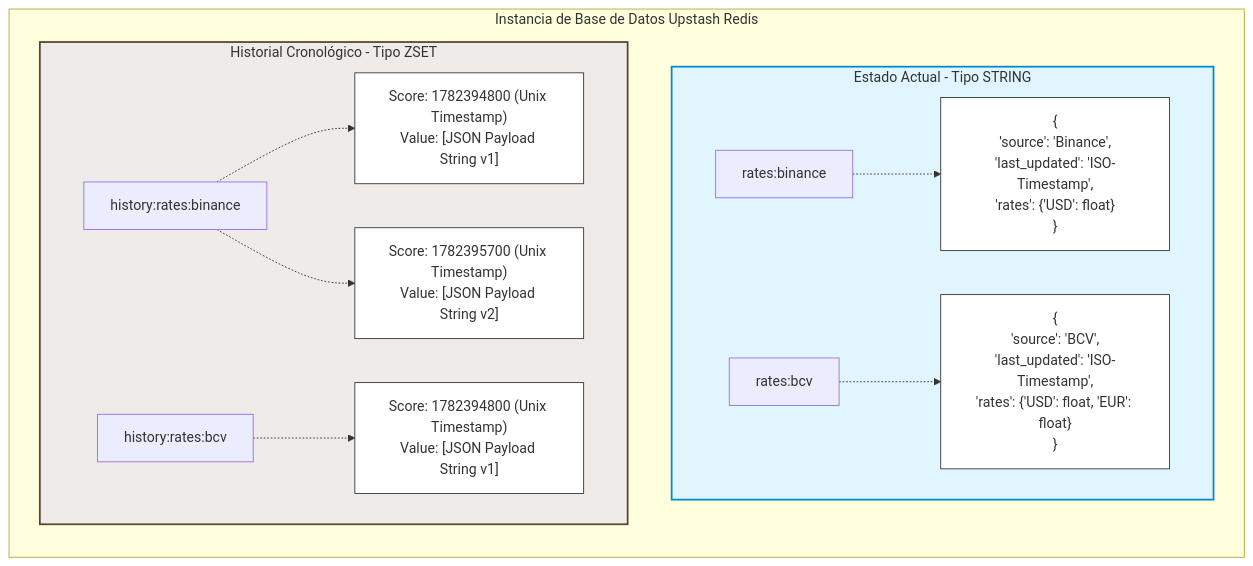
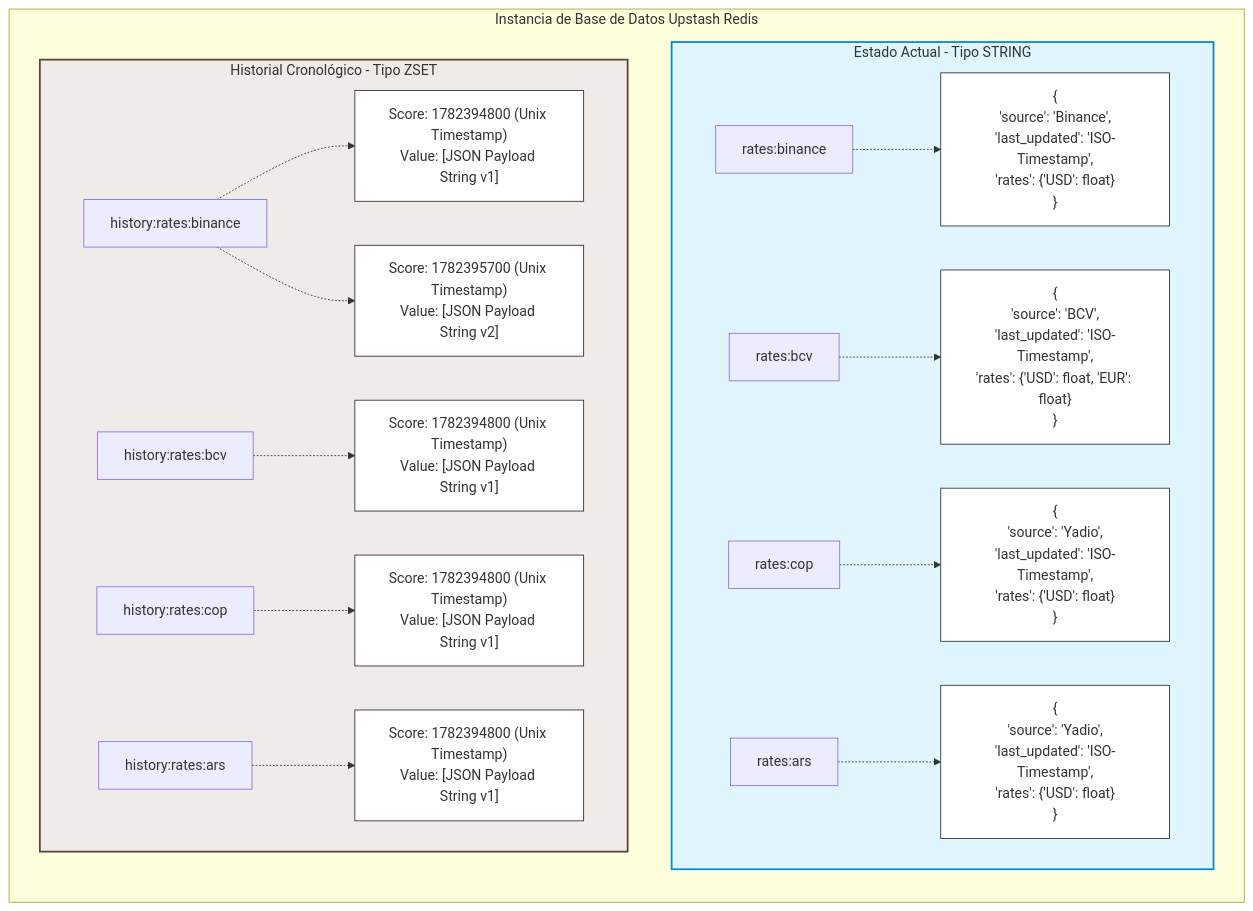
One commit to TECHSOLVERSJBL/CAMBIALY-BACKEND changed the third of 3 diagrams in README.md. Above: the diagram before and after it, drawn with Mermaid. The commit also changed other lines of this file, not shown here.

First line of the commit message:
docs(README): document V2 endpoints, COP/ARS workers, security middleware, and tests

````diff
--- a/README.md
+++ b/README.md
@@ -305,26 +417,35 @@
 ```mermaid
 graph LR
     subgraph Upstash_DB [Instancia de Base de Datos Upstash Redis]
         
         subgraph Estructuras_String [Estado Actual - Tipo STRING]
             K1["rates:binance"] -.-> V1["{<br/>'source': 'Binance',<br/>'last_updated': 'ISO-Timestamp',<br/>'rates': {'USD': float}<br/>}"]
             K2["rates:bcv"] -.-> V2["{<br/>'source': 'BCV',<br/>'last_updated': 'ISO-Timestamp',<br/>'rates': {'USD': float, 'EUR': float}<br/>}"]
+            K5["rates:cop"] -.-> V5["{<br/>'source': 'Yadio',<br/>'last_updated': 'ISO-Timestamp',<br/>'rates': {'USD': float}<br/>}"]
+            K6["rates:ars"] -.-> V6["{<br/>'source': 'Yadio',<br/>'last_updated': 'ISO-Timestamp',<br/>'rates': {'USD': float}<br/>}"]
         end
 
         subgraph Estructuras_ZSET [Historial Cronológico - Tipo ZSET]
             K3["history:rates:binance"] -.-> H1["Score: 1782394800 (Unix Timestamp)<br/>Value: [JSON Payload String v1]"]
             K3 -.-> H2["Score: 1782395700 (Unix Timestamp)<br/>Value: [JSON Payload String v2]"]
             
             K4["history:rates:bcv"] -.-> H3["Score: 1782394800 (Unix Timestamp)<br/>Value: [JSON Payload String v1]"]
+
+            K7["history:rates:cop"] -.-> H4["Score: 1782394800 (Unix Timestamp)<br/>Value: [JSON Payload String v1]"]
+            K8["history:rates:ars"] -.-> H5["Score: 1782394800 (Unix Timestamp)<br/>Value: [JSON Payload String v1]"]
         end
 
     end
 
     style Estructuras_String fill:#e1f5fe,stroke:#0288d1,stroke-width:2px
     style Estructuras_ZSET fill:#efebe9,stroke:#5d4037,stroke-width:2px
     style V1 fill:#ffffff,stroke:#333333
     style V2 fill:#ffffff,stroke:#333333
+    style V5 fill:#ffffff,stroke:#333333
+    style V6 fill:#ffffff,stroke:#333333
     style H1 fill:#ffffff,stroke:#333333
     style H2 fill:#ffffff,stroke:#333333
     style H3 fill:#ffffff,stroke:#333333
+    style H4 fill:#ffffff,stroke:#333333
+    style H5 fill:#ffffff,stroke:#333333
 ```
````
